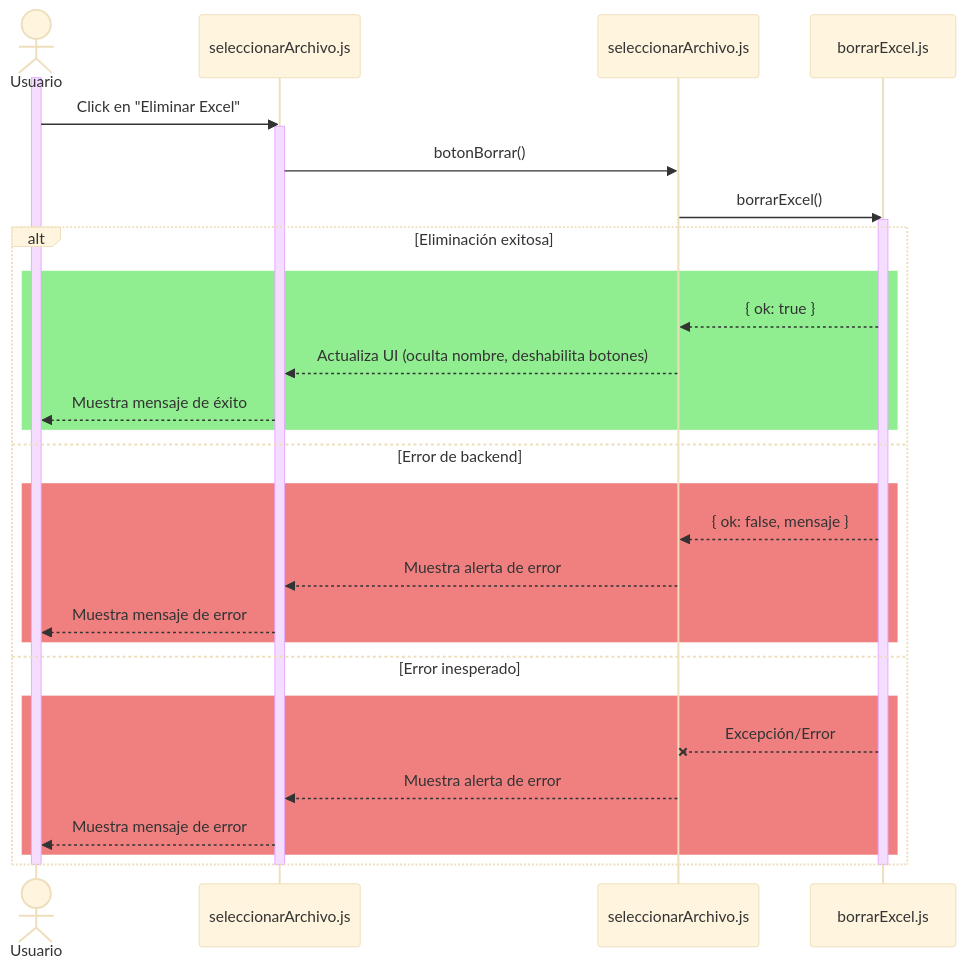
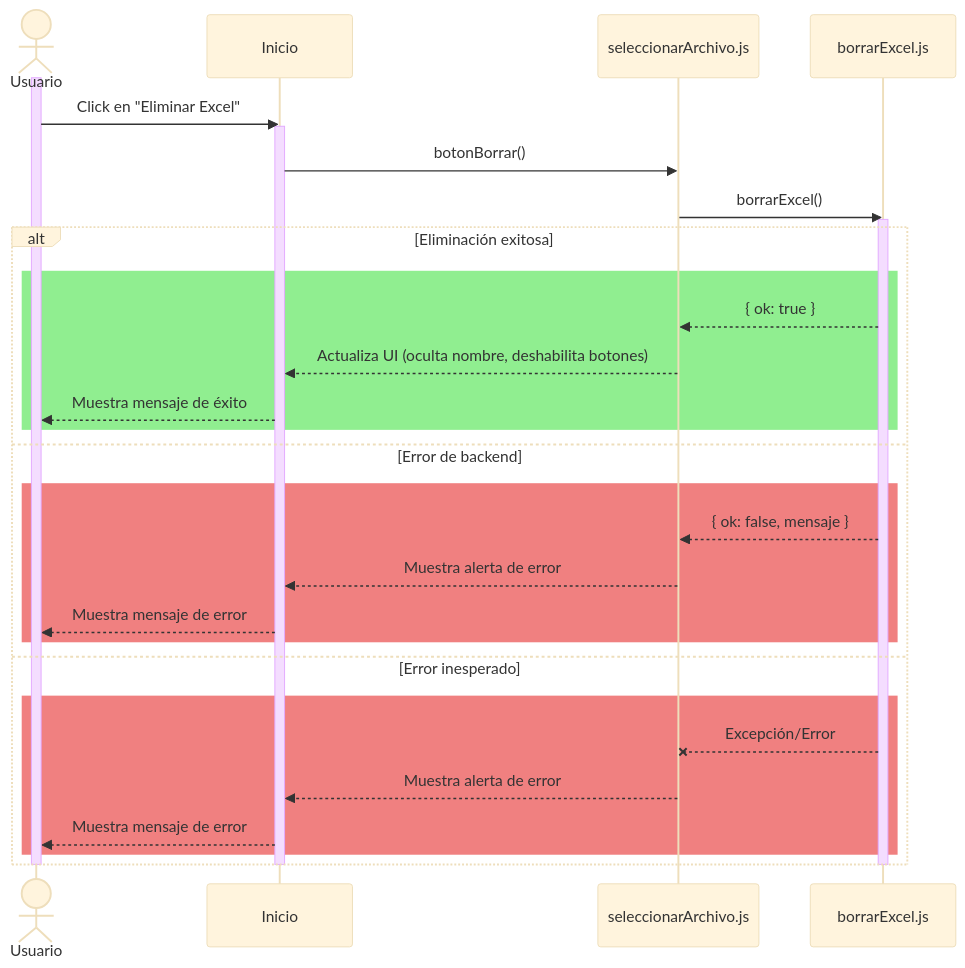
One commit to CodeAnd-Co/Documentacion changed the diagram in documentation/docs/proyectos/tractores/documentacion/requisitos/RF8.md. Above: the diagram before and after it, drawn with Mermaid (base theme). The commit also changed other lines of this file, not shown here.

````diff
--- a/documentation/docs/proyectos/tractores/documentacion/requisitos/RF8.md
+++ b/documentation/docs/proyectos/tractores/documentacion/requisitos/RF8.md
@@ -26,36 +26,36 @@
 ```mermaid
   sequenceDiagram
       actor Usuario
-      participant vistaInicio as seleccionarArchivo.js
+      participant vistaInicio as Inicio
       participant utilInicio as seleccionarArchivo.js
       participant backend as borrarExcel.js
 
       activate Usuario
       Usuario->>vistaInicio: Click en "Eliminar Excel"
       activate vistaInicio
       vistaInicio->>utilInicio: botonBorrar()
       utilInicio->>backend: borrarExcel()
       activate backend
       alt Eliminación exitosa
           rect Lightgreen
           backend-->>utilInicio: { ok: true }
           utilInicio-->>vistaInicio: Actualiza UI (oculta nombre, deshabilita botones)
           vistaInicio-->>Usuario: Muestra mensaje de éxito
           end
       else Error de backend
           rect Lightcoral
           backend-->>utilInicio: { ok: false, mensaje }
           utilInicio-->>vistaInicio: Muestra alerta de error
           vistaInicio-->>Usuario: Muestra mensaje de error
           end
       else Error inesperado
           rect Lightcoral
           backend--x utilInicio: Excepción/Error
           utilInicio-->>vistaInicio: Muestra alerta de error
           vistaInicio-->>Usuario: Muestra mensaje de error
           end
       end
       deactivate backend
       deactivate vistaInicio
       deactivate Usuario
 ```
````
